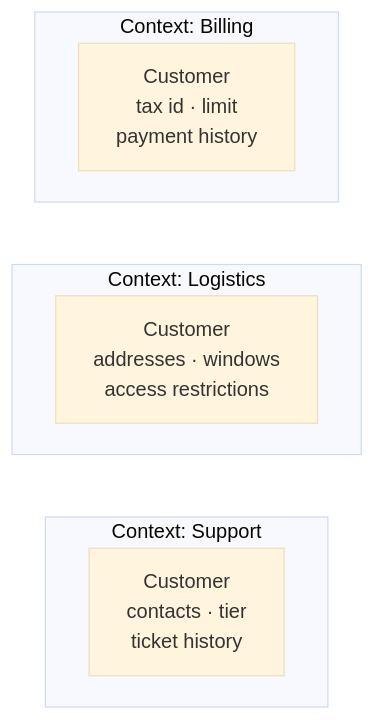
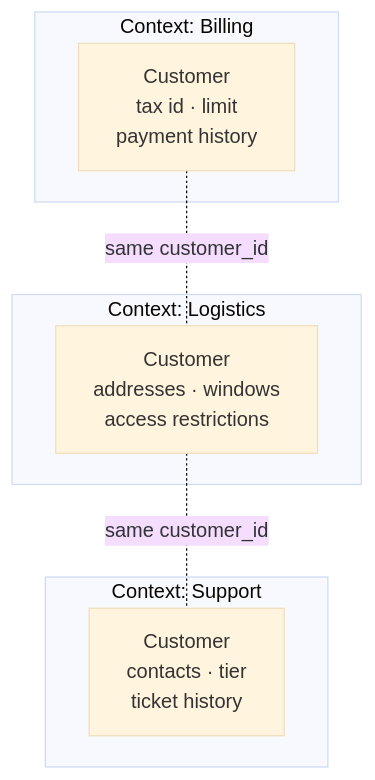
One commit to oadcavalcante/software-architecture-mastery changed the diagram in i18n/en-US/docusaurus-plugin-content-docs/current/04-domain-driven-design/bounded-context.md. Above: the diagram before and after it, drawn with Mermaid (base theme). The commit also changed other lines of this file and 21 other files, not shown here.

````diff
--- a/i18n/en-US/docusaurus-plugin-content-docs/current/04-domain-driven-design/bounded-context.md
+++ b/i18n/en-US/docusaurus-plugin-content-docs/current/04-domain-driven-design/bounded-context.md
@@ -60,13 +60,14 @@
 ```mermaid
 graph TB
   subgraph Billing[Context: Billing]
     C1[Customer<br/>tax id · limit<br/>payment history]
   end
   subgraph Logistics[Context: Logistics]
     C2[Customer<br/>addresses · windows<br/>access restrictions]
   end
   subgraph Support[Context: Support]
     C3[Customer<br/>contacts · tier<br/>ticket history]
   end
-  C1 ~~~ C2 ~~~ C3
+  C1 -.-|same customer_id| C2
+  C2 -.-|same customer_id| C3
 ```
````
